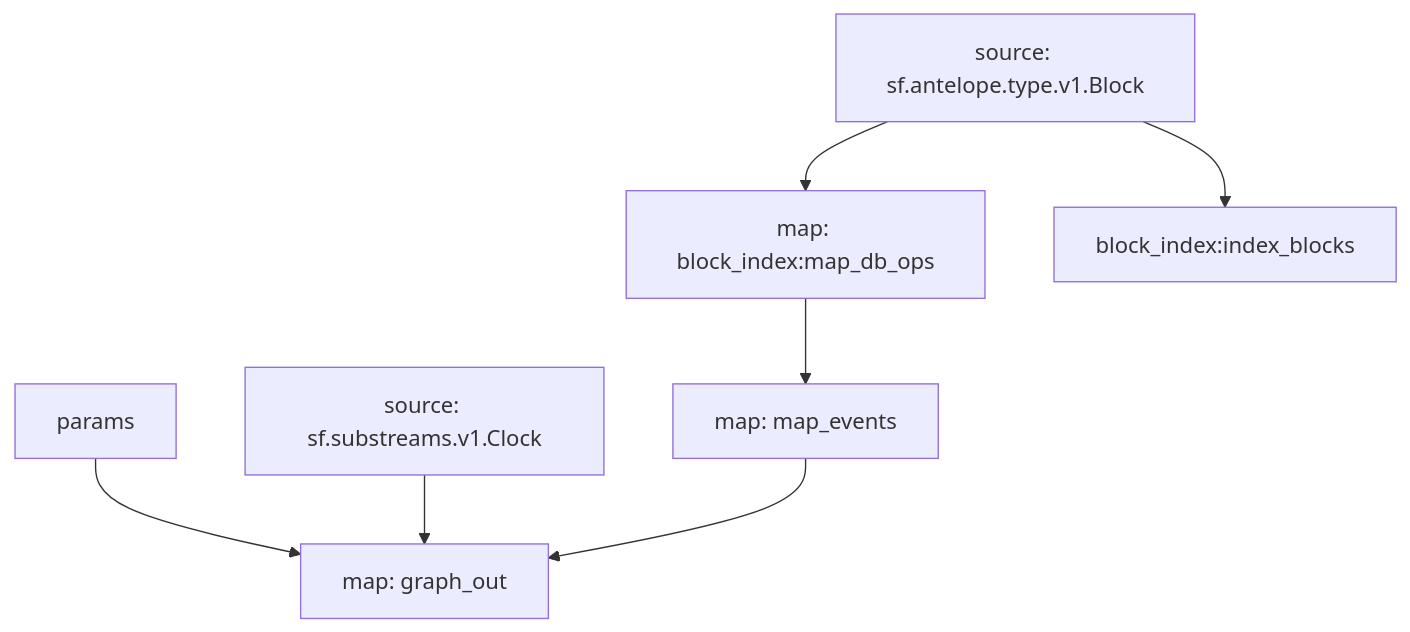
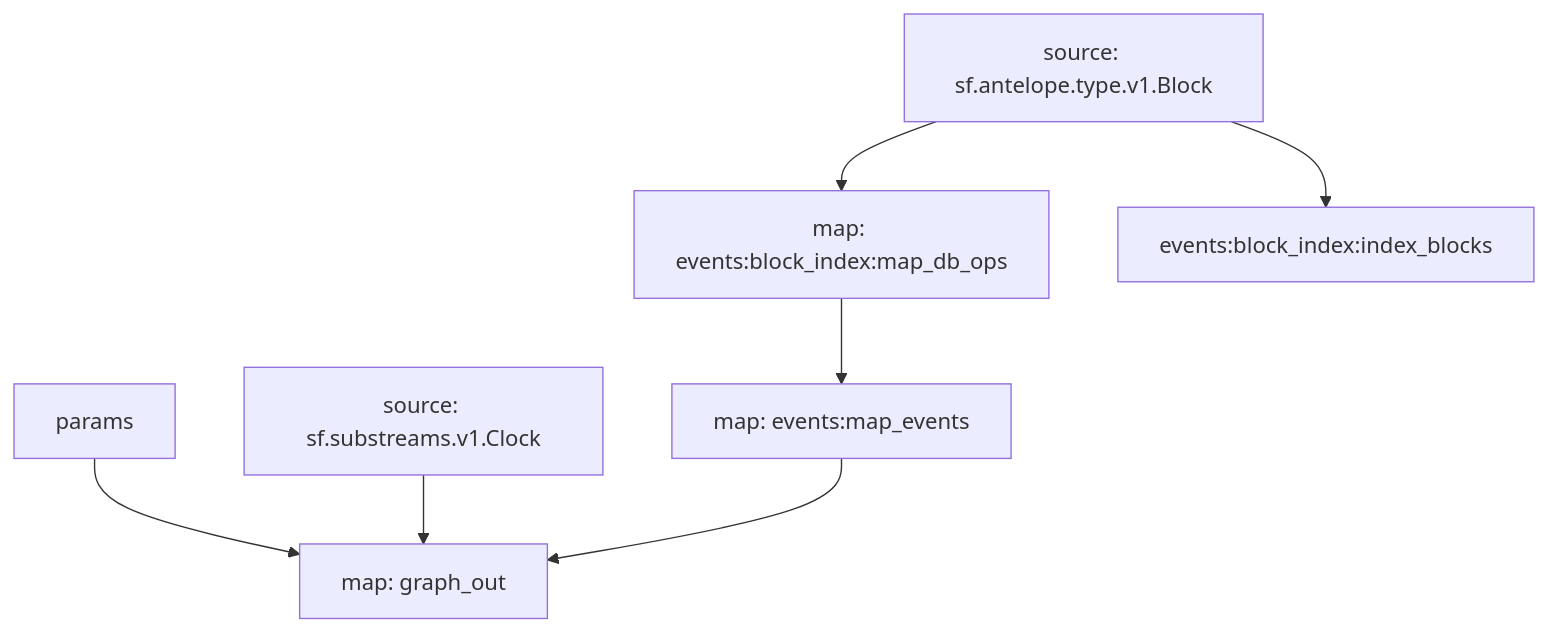
Before and after one commit to pinax-network/subgraph-antelope-tokens: the diagram in antelope-tokens/README.md, drawn with Mermaid. The commit also changed other lines of this file and 4 other files, not shown here.

````diff
--- a/antelope-tokens/README.md
+++ b/antelope-tokens/README.md
@@ -23,12 +23,12 @@
 ```mermaid
 graph TD;
-  map_events[map: map_events];
-  block_index:map_db_ops --> map_events;
   graph_out[map: graph_out];
   graph_out:params[params] --> graph_out;
   sf.substreams.v1.Clock[source: sf.substreams.v1.Clock] --> graph_out;
-  map_events --> graph_out;
-  sf.antelope.type.v1.Block[source: sf.antelope.type.v1.Block] --> block_index:index_blocks;
-  block_index:map_db_ops[map: block_index:map_db_ops];
-  sf.antelope.type.v1.Block[source: sf.antelope.type.v1.Block] --> block_index:map_db_ops;
+  events:map_events --> graph_out;
+  events:map_events[map: events:map_events];
+  events:block_index:map_db_ops --> events:map_events;
+  sf.antelope.type.v1.Block[source: sf.antelope.type.v1.Block] --> events:block_index:index_blocks;
+  events:block_index:map_db_ops[map: events:block_index:map_db_ops];
+  sf.antelope.type.v1.Block[source: sf.antelope.type.v1.Block] --> events:block_index:map_db_ops;
 ```
````
